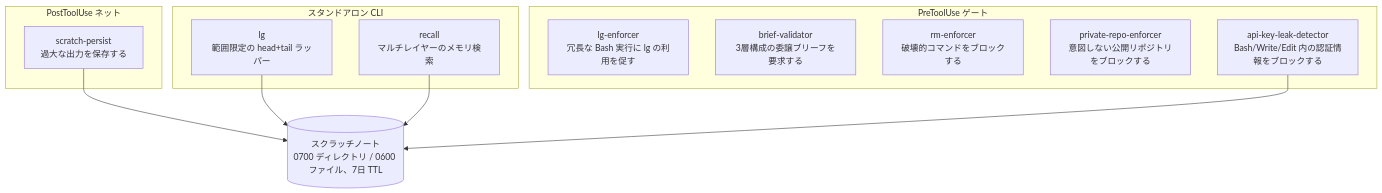
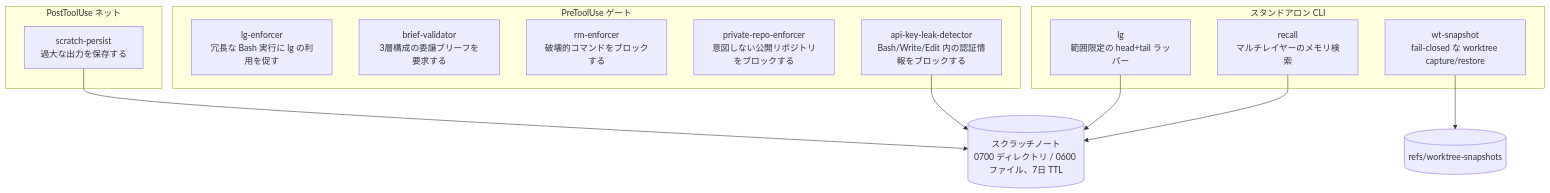
One commit to caty-ai/context-kit changed the diagram in docs/engineering.ja.md. Above: the diagram before and after it, drawn with Mermaid. The commit also changed other lines of this file and 7 other files, not shown here.

First line of the commit message:
fix(wt-snapshot): round-2 — close false-safety no-op paths and harden capture/restore (#13)

````diff
--- a/docs/engineering.ja.md
+++ b/docs/engineering.ja.md
@@ -40,21 +41,23 @@
 ```mermaid
 flowchart TB
     subgraph pre [PreToolUse ゲート]
         LGE[lg-enforcer<br>冗長な Bash 実行に lg の利用を促す]
         BV[brief-validator<br>3層構成の委譲ブリーフを要求する]
         RM[rm-enforcer<br>破壊的コマンドをブロックする]
         PR[private-repo-enforcer<br>意図しない公開リポジトリをブロックする]
         AK[api-key-leak-detector<br>Bash/Write/Edit 内の認証情報をブロックする]
     end
     subgraph post [PostToolUse ネット]
         SP[scratch-persist<br>過大な出力を保存する]
     end
     subgraph cli [スタンドアロン CLI]
         LG[lg<br>範囲限定の head+tail ラッパー]
         RC[recall<br>マルチレイヤーのメモリ検索]
+        WS[wt-snapshot<br>fail-closed な worktree capture/restore]
     end
     LG --> S[(スクラッチノート<br>0700 ディレクトリ / 0600 ファイル、7日 TTL)]
     SP --> S
     AK --> S
     RC --> S
+    WS --> R[(refs/worktree-snapshots)]
 ```
````
